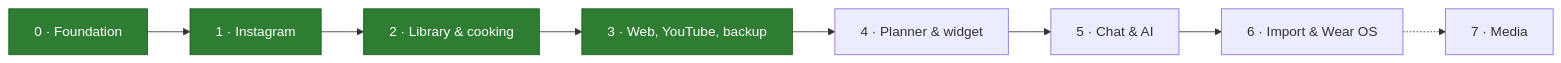
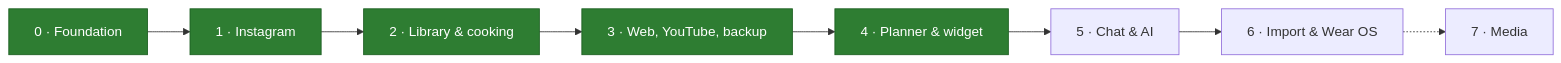
Before and after one commit to inthevortex/recipe-catcher: the fifth of 5 diagrams in README.md, drawn with Mermaid. The commit also changed other lines of this file, not shown here.

Commit message:
docs: update README for week planner, grocery lists, reminders, and glance widget

````diff
--- a/README.md
+++ b/README.md
@@ -434,6 +458,6 @@
 ```mermaid
 flowchart LR
-  W0[0 · Foundation]:::done --> W1[1 · Instagram]:::done --> W2[2 · Library & cooking]:::done --> W3[3 · Web, YouTube, backup]:::done --> W4[4 · Planner & widget] --> W5[5 · Chat & AI] --> W6[6 · Import & Wear OS] -.-> W7[7 · Media]
+  W0[0 · Foundation]:::done --> W1[1 · Instagram]:::done --> W2[2 · Library & cooking]:::done --> W3[3 · Web, YouTube, backup]:::done --> W4[4 · Planner & widget]:::done --> W5[5 · Chat & AI] --> W6[6 · Import & Wear OS] -.-> W7[7 · Media]
   classDef done fill:#2e7d32,color:#fff,stroke:#1b5e20
   classDef wip fill:#f9a825,color:#000,stroke:#f57f17
 ```
````
